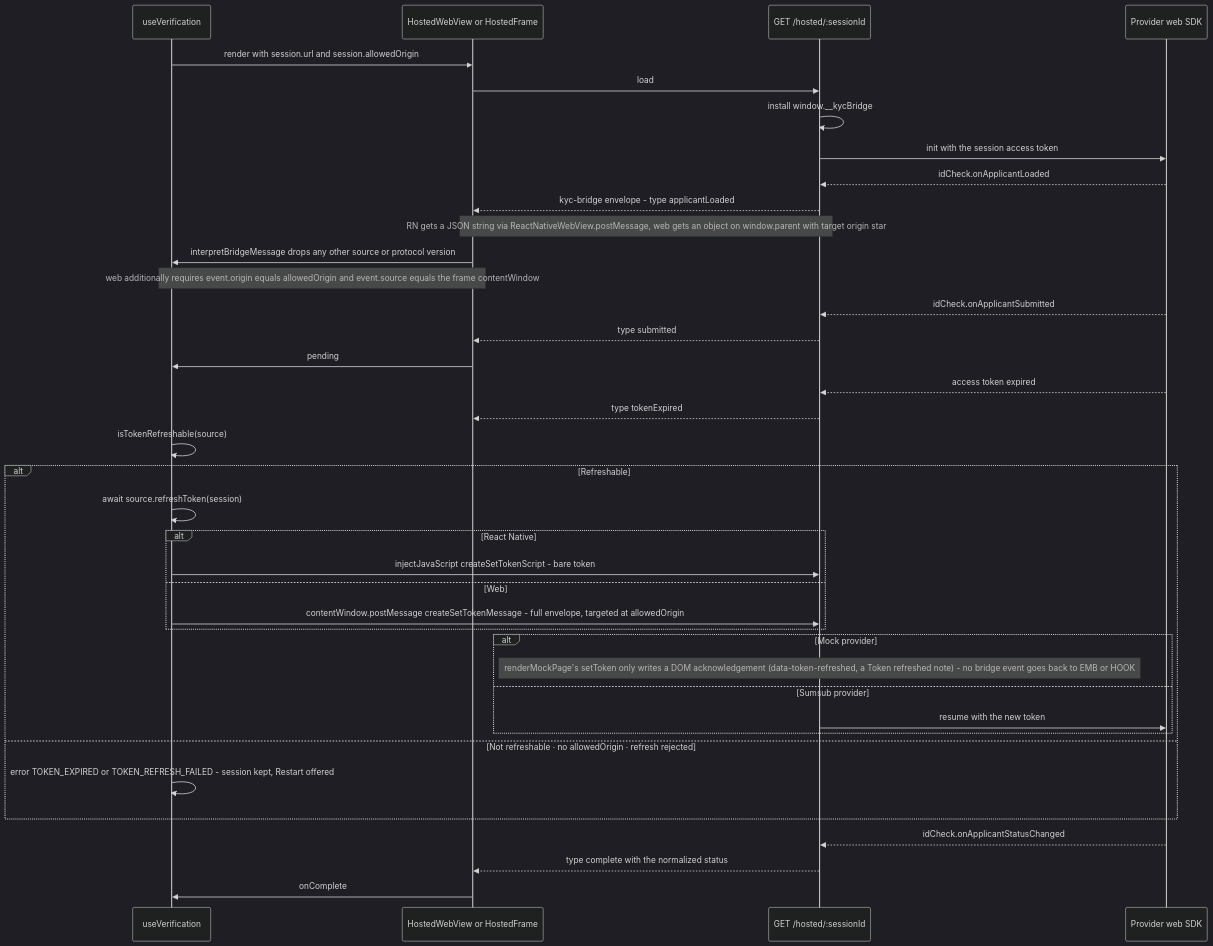
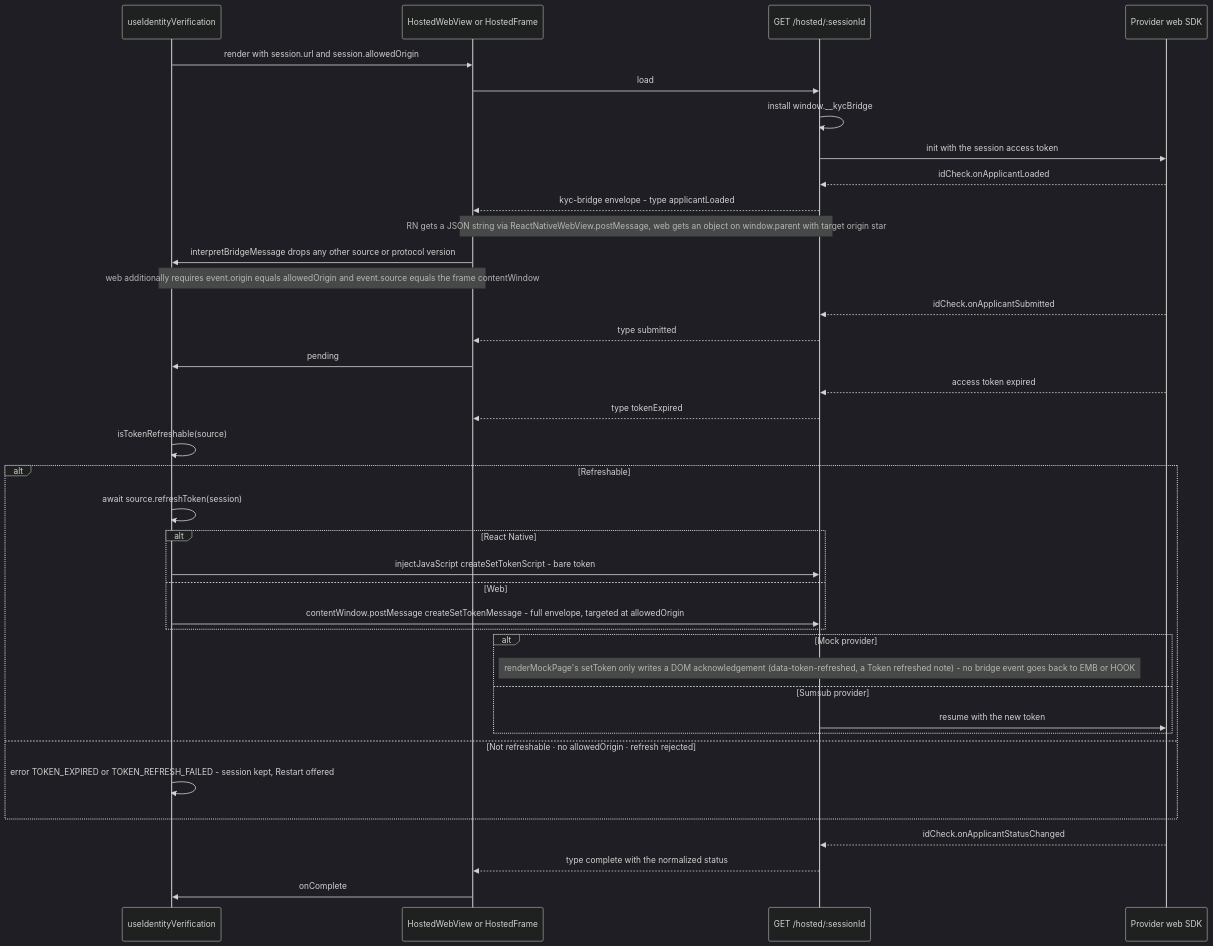
Before and after one commit to blinkbitcoin/kyc: the diagram in docs/diagrams/src/hosted-bridge-flow.mmd, drawn with Mermaid (dark theme). The commit also changed 37 other files, not shown here.

First line of the commit message:
docs: the component is IdentityVerification everywhere, and a hero that shows identity verification

```diff
--- a/docs/diagrams/src/hosted-bridge-flow.mmd
+++ b/docs/diagrams/src/hosted-bridge-flow.mmd
@@ -1,43 +1,43 @@
 sequenceDiagram
-    participant HOOK as useVerification
+    participant HOOK as useIdentityVerification
     participant EMB as HostedWebView or HostedFrame
     participant PAGE as GET /hosted/:sessionId
     participant SDK as Provider web SDK
 
     HOOK->>EMB: render with session.url and session.allowedOrigin
     EMB->>PAGE: load
     PAGE->>PAGE: install window.__kycBridge
     PAGE->>SDK: init with the session access token
 
     SDK-->>PAGE: idCheck.onApplicantLoaded
     PAGE-->>EMB: kyc-bridge envelope - type applicantLoaded
     Note over PAGE,EMB: RN gets a JSON string via ReactNativeWebView.postMessage, web gets an object on window.parent with target origin star
     EMB->>HOOK: interpretBridgeMessage drops any other source or protocol version
     Note over EMB,HOOK: web additionally requires event.origin equals allowedOrigin and event.source equals the frame contentWindow
 
     SDK-->>PAGE: idCheck.onApplicantSubmitted
     PAGE-->>EMB: type submitted
     EMB->>HOOK: pending
 
     SDK-->>PAGE: access token expired
     PAGE-->>EMB: type tokenExpired
     HOOK->>HOOK: isTokenRefreshable(source)
     alt Refreshable
         HOOK->>HOOK: await source.refreshToken(session)
         alt React Native
             HOOK->>PAGE: injectJavaScript createSetTokenScript - bare token
         else Web
             HOOK->>PAGE: contentWindow.postMessage createSetTokenMessage - full envelope, targeted at allowedOrigin
         end
         alt Mock provider
             Note over PAGE: renderMockPage's setToken only writes a DOM acknowledgement (data-token-refreshed, a Token refreshed note) - no bridge event goes back to EMB or HOOK
         else Sumsub provider
             PAGE->>SDK: resume with the new token
         end
     else Not refreshable · no allowedOrigin · refresh rejected
         HOOK->>HOOK: error TOKEN_EXPIRED or TOKEN_REFRESH_FAILED - session kept, Restart offered
     end
 
     SDK-->>PAGE: idCheck.onApplicantStatusChanged
     PAGE-->>EMB: type complete with the normalized status
     EMB->>HOOK: onComplete
```
